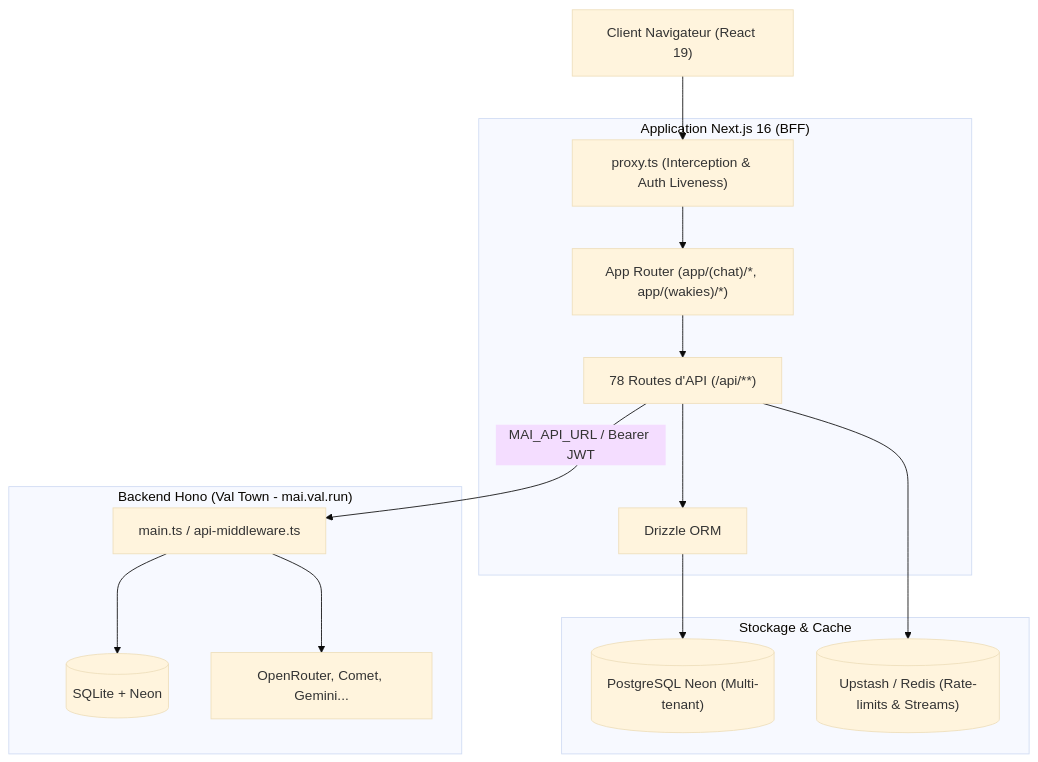
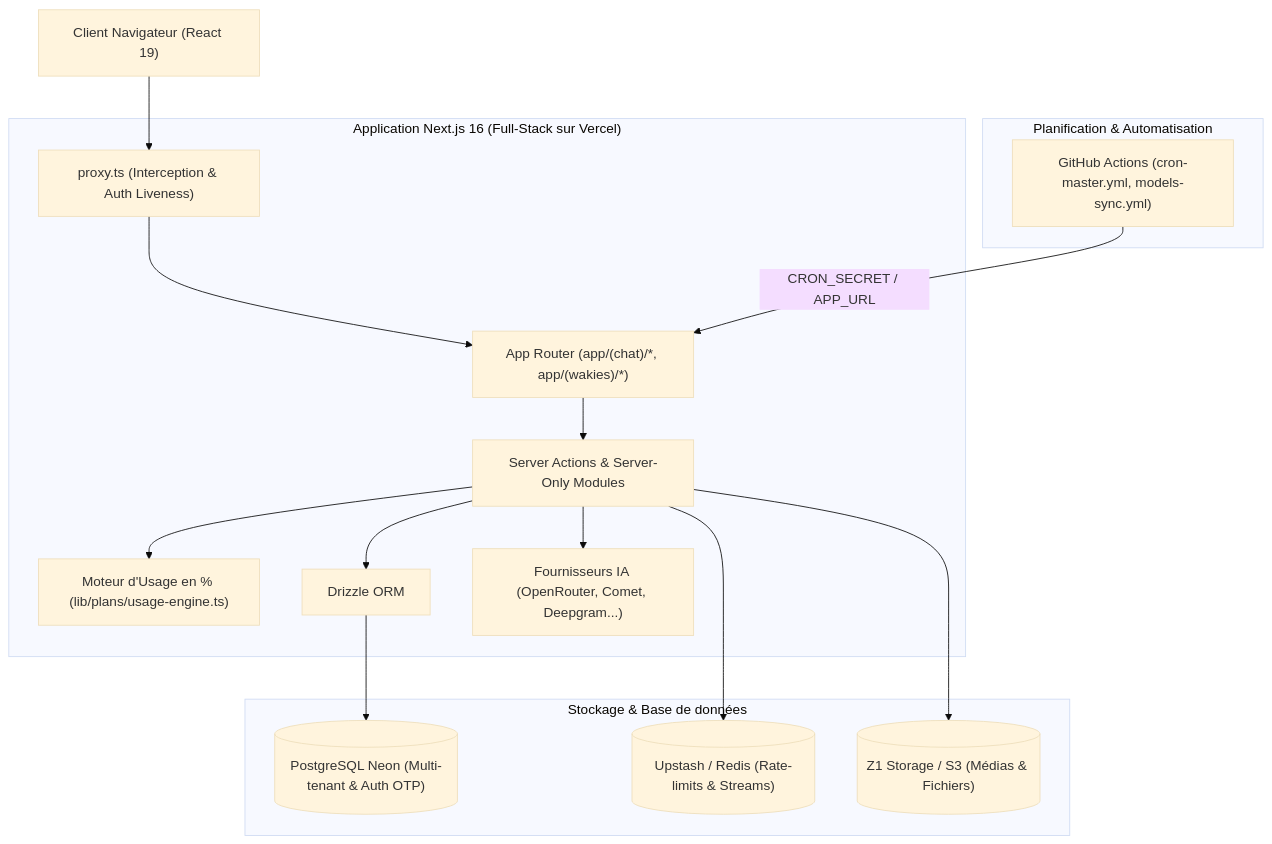
Before and after one commit to mDevsLabs/Web: the diagram in docs/1-web/ARCHITECTURE.md, drawn with Mermaid (base theme). The commit also changed other lines of this file and 5 other files, not shown here.

Commit message:
docs: mise à jour de l'architecture, variables d'environnement, inventaire API et session Neon

````diff
--- a/docs/1-web/ARCHITECTURE.md
+++ b/docs/1-web/ARCHITECTURE.md
@@ -5,32 +5,34 @@
 ```mermaid
 flowchart TD
     Client["Client Navigateur (React 19)"]
 
-    subgraph "Application Next.js 16 (BFF)"
+    subgraph "Application Next.js 16 (Full-Stack sur Vercel)"
         Proxy["proxy.ts (Interception & Auth Liveness)"]
         AppRouter["App Router (app/(chat)/*, app/(wakies)/*)"]
-        BFFRoutes["78 Routes d'API (/api/**)"]
+        ServerActions["Server Actions & Server-Only Modules"]
+        UsageEngine["Moteur d'Usage en % (lib/plans/usage-engine.ts)"]
         Drizzle["Drizzle ORM"]
+        DirectAI["Fournisseurs IA (OpenRouter, Comet, Deepgram...)"]
     end
 
-    subgraph "Stockage & Cache"
-        NeonDB[("PostgreSQL Neon (Multi-tenant)")]
+    subgraph "Stockage & Base de données"
+        NeonDB[("PostgreSQL Neon (Multi-tenant & Auth OTP)")]
         RedisCache[("Upstash / Redis (Rate-limits & Streams)")]
+        Z1Storage[("Z1 Storage / S3 (Médias & Fichiers)")]
     end
 
-    subgraph "Backend Hono (Val Town - mai.val.run)"
-        HonoApp["main.ts / api-middleware.ts"]
-        ValTownDB[("SQLite + Neon")]
-        AIProviders["OpenRouter, Comet, Gemini..."]
+    subgraph "Planification & Automatisation"
+        GHA["GitHub Actions (cron-master.yml, models-sync.yml)"]
     end
 
     Client --> Proxy
     Proxy --> AppRouter
-    AppRouter --> BFFRoutes
-    BFFRoutes --> Drizzle
+    AppRouter --> ServerActions
+    ServerActions --> UsageEngine
+    ServerActions --> Drizzle
     Drizzle --> NeonDB
-    BFFRoutes --> RedisCache
-    BFFRoutes -->|MAI_API_URL / Bearer JWT| HonoApp
-    HonoApp --> ValTownDB
-    HonoApp --> AIProviders
+    ServerActions --> RedisCache
+    ServerActions --> Z1Storage
+    ServerActions --> DirectAI
+    GHA -->|CRON_SECRET / APP_URL| AppRouter
 ```
````
